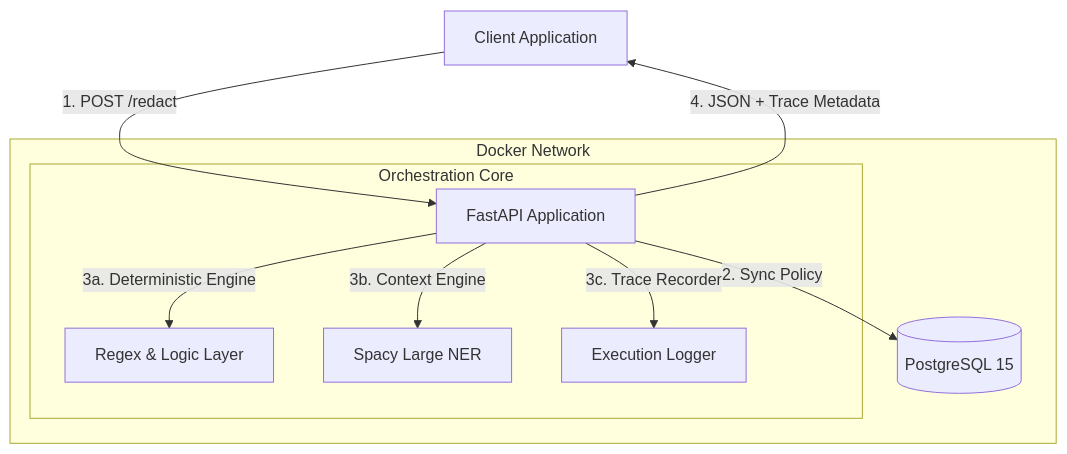
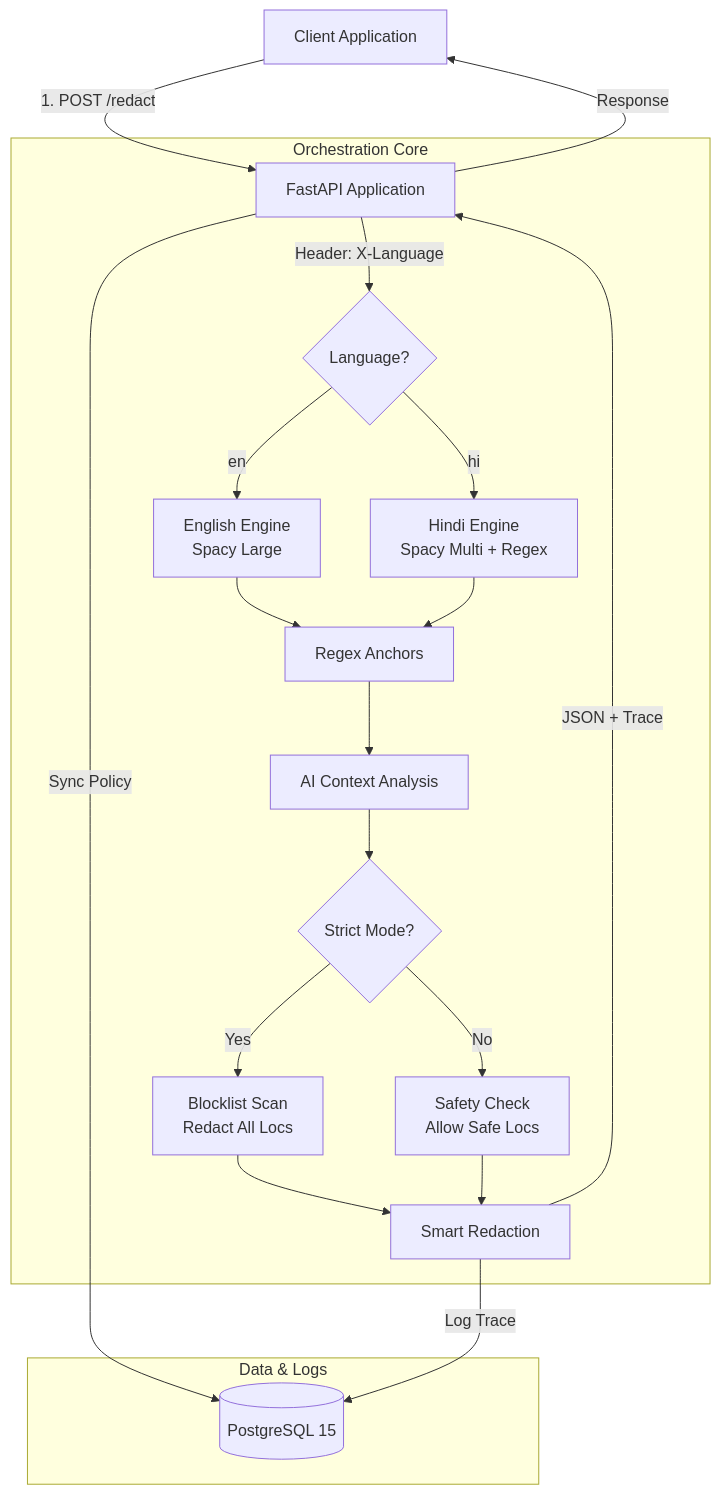
One commit to KashifKhanTarento/pii_guardrails changed the diagram in README.md. Above: the diagram before and after it, drawn with Mermaid. The commit also changed other lines of this file, not shown here.

````diff
--- a/README.md
+++ b/README.md
@@ -22,17 +23,32 @@
 ```mermaid
 graph TD
     User[Client Application] -->|1. POST /redact| App[FastAPI Application]
     
-    subgraph "Docker Network"
-        App -->|2. Sync Policy| DB[(PostgreSQL 15)]
+    subgraph "Orchestration Core"
+        App -->|Header: X-Language| LangSwitch{Language?}
         
-        subgraph "Orchestration Core"
-            App -->|3a. Deterministic Engine| PyLogic[Regex & Logic Layer]
-            App -->|3b. Context Engine| Spacy[Spacy Large NER]
-            App -->|3c. Trace Recorder| Trace[Execution Logger]
-        end
+        LangSwitch -->|en| Eng[English Engine<br/>Spacy Large]
+        LangSwitch -->|hi| Hin[Hindi Engine<br/>Spacy Multi + Regex]
+        
+        Eng --> Anchors[Regex Anchors]
+        Hin --> Anchors
+        
+        Anchors --> Context[AI Context Analysis]
+        
+        Context --> Strict{Strict Mode?}
+        Strict -->|Yes| Block[Blocklist Scan<br/>Redact All Locs]
+        Strict -->|No| Allow[Safety Check<br/>Allow Safe Locs]
+        
+        Block --> Redact[Smart Redaction]
+        Allow --> Redact
     end
     
-    App -->|4. JSON + Trace Metadata| User
+    subgraph "Data & Logs"
+        App -->|Sync Policy| DB[(PostgreSQL 15)]
+        Redact -->|Log Trace| DB
+    end
+    
+    Redact -->|JSON + Trace| App
+    App -->|Response| User
 
 ```
````
